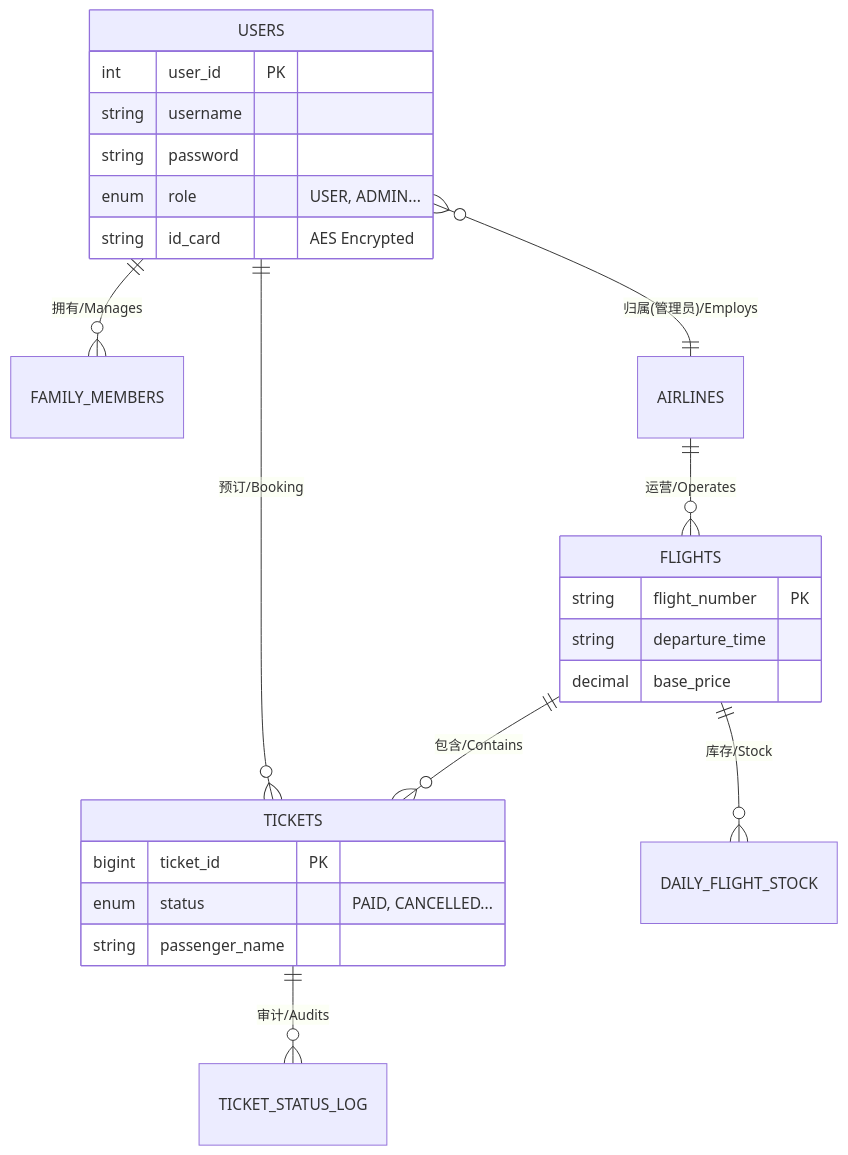
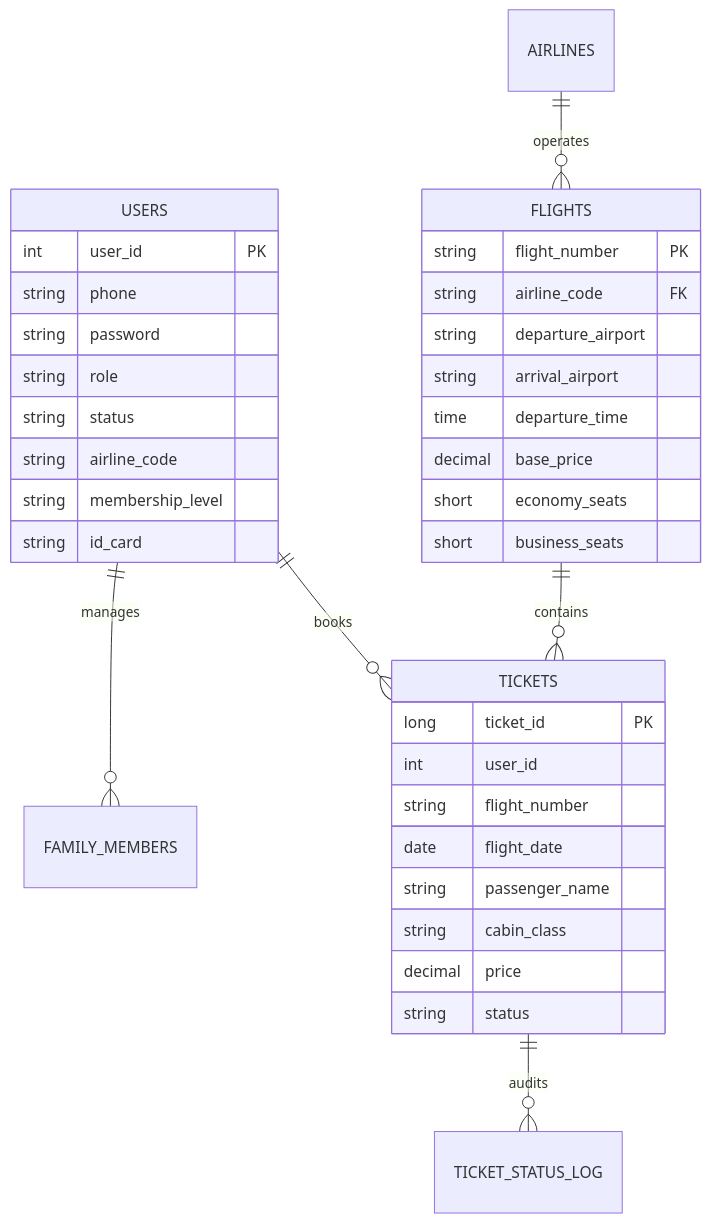
Before and after one commit to AndyXuPrime/PlaneTickets_courseDesign: the third of 3 diagrams in README.md, drawn with Mermaid. The commit also changed other lines of this file, not shown here.

````diff
--- a/README.md
+++ b/README.md
@@ -219,35 +192,41 @@
 ```mermaid
 erDiagram
-    %% 用户中心
-    USERS ||--o{ TICKETS : "预订/Booking"
-    USERS ||--o{ FAMILY_MEMBERS : "拥有/Manages"
-    USERS }o--|| AIRLINES : "归属(管理员)/Employs"
-
-    %% 航班中心
-    AIRLINES ||--o{ FLIGHTS : "运营/Operates"
-    FLIGHTS ||--o{ DAILY_FLIGHT_STOCK : "库存/Stock"
-    FLIGHTS ||--o{ TICKETS : "包含/Contains"
-
-    %% 订单中心
-    TICKETS ||--o{ TICKET_STATUS_LOG : "审计/Audits"
+    USERS ||--o{ FAMILY_MEMBERS : manages
+    USERS ||--o{ TICKETS : books
+    AIRLINES ||--o{ FLIGHTS : operates
+    FLIGHTS ||--o{ TICKETS : contains
+    TICKETS ||--o{ TICKET_STATUS_LOG : audits
 
     USERS {
         int user_id PK
-        string username
+        string phone
         string password
-        enum role "USER, ADMIN..."
-        string id_card "AES Encrypted"
+        string role
+        string status
+        string airline_code
+        string membership_level
+        string id_card
     }
 
     FLIGHTS {
         string flight_number PK
-        string departure_time
+        string airline_code FK
+        string departure_airport
+        string arrival_airport
+        time departure_time
         decimal base_price
+        short economy_seats
+        short business_seats
     }
 
     TICKETS {
-        bigint ticket_id PK
-        enum status "PAID, CANCELLED..."
+        long ticket_id PK
+        int user_id
+        string flight_number
+        date flight_date
         string passenger_name
+        string cabin_class
+        decimal price
+        string status
     }
 ```
````
